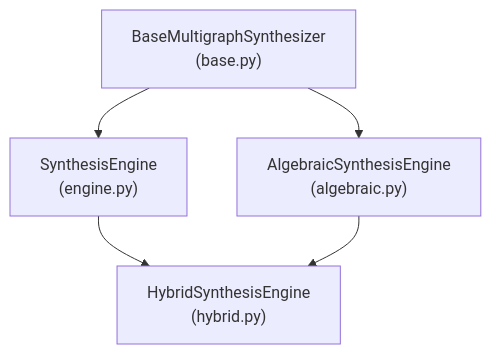
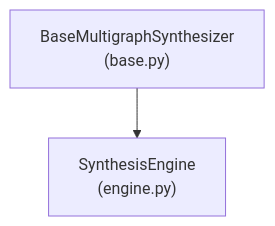
Before and after one commit to QuipNetwork/quip-protocol: the diagram in tutte/synthesis/README.md, drawn with Mermaid. The commit also changed other lines of this file and 21 other files, not shown here.

````diff
--- a/tutte/synthesis/README.md
+++ b/tutte/synthesis/README.md
@@ -85,7 +77,4 @@
 ```mermaid
 graph TD
     B["BaseMultigraphSynthesizer<br/>(base.py)"] --> E["SynthesisEngine<br/>(engine.py)"]
-    B --> A["AlgebraicSynthesisEngine<br/>(algebraic.py)"]
-    E --> H["HybridSynthesisEngine<br/>(hybrid.py)"]
-    A --> H
 ```
````
